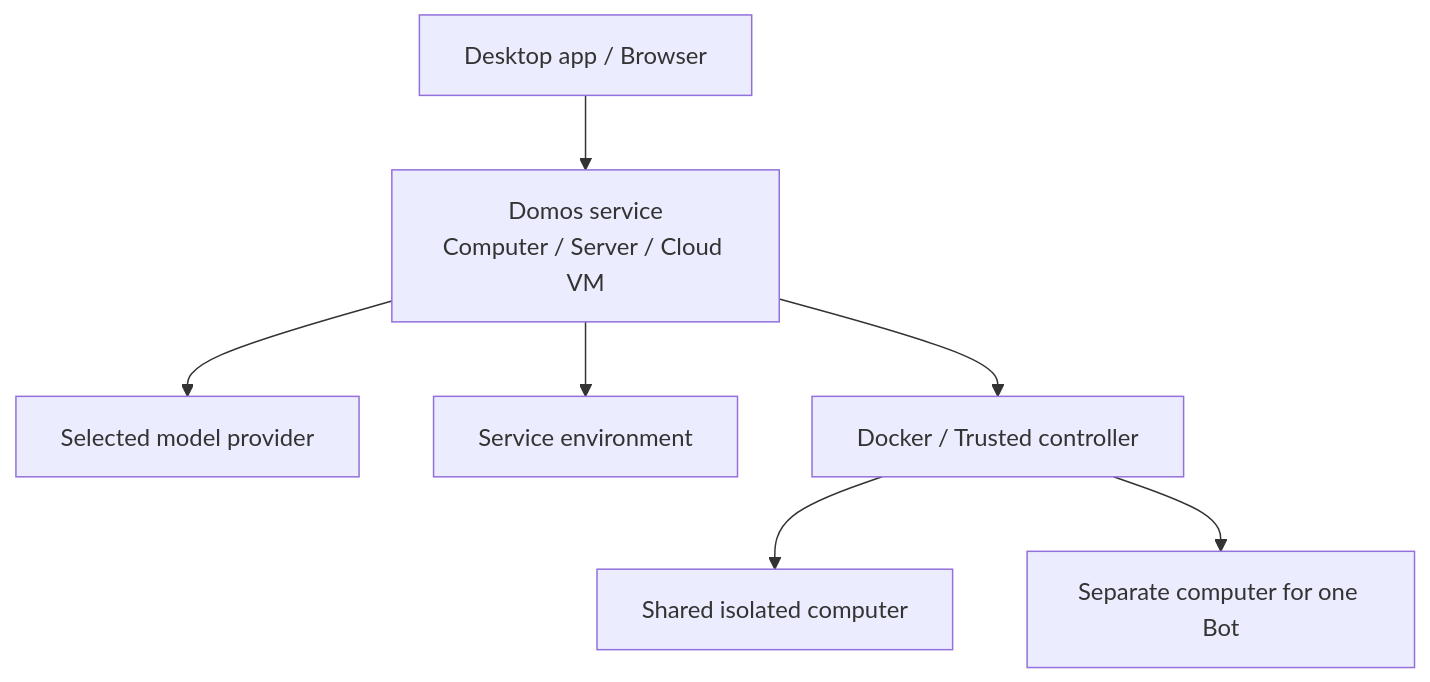
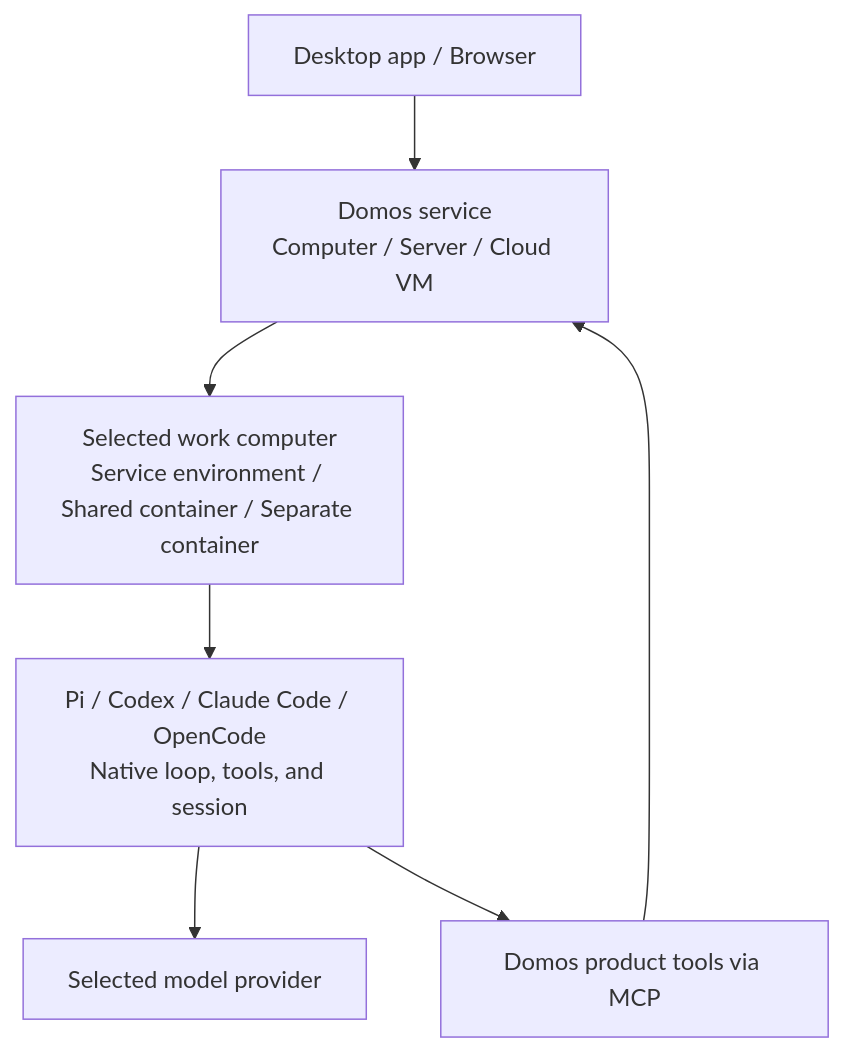
The diagram in README.md (brandlll-lee/domos), drawn with Mermaid before and after one commit. The commit also changed other lines of this file and 3 other files, not shown here.

````diff
--- a/README.md
+++ b/README.md
@@ -120,9 +143,9 @@
 ```mermaid
 graph TD
     Client["Desktop app / Browser"] --> Service["Domos service<br/>Computer / Server / Cloud VM"]
-    Service --> Models["Selected model provider"]
-    Service --> Native["Service environment"]
-    Service --> Docker["Docker / Trusted controller"]
-    Docker --> Shared["Shared isolated computer"]
-    Docker --> Dedicated["Separate computer for one Bot"]
+    Service --> Work["Selected work computer<br/>Service environment / Shared container / Separate container"]
+    Work --> Engine["Pi / Codex / Claude Code / OpenCode<br/>Native loop, tools, and session"]
+    Engine --> Models["Selected model provider"]
+    Engine --> Tools["Domos product tools via MCP"]
+    Tools --> Service
 ```
````
